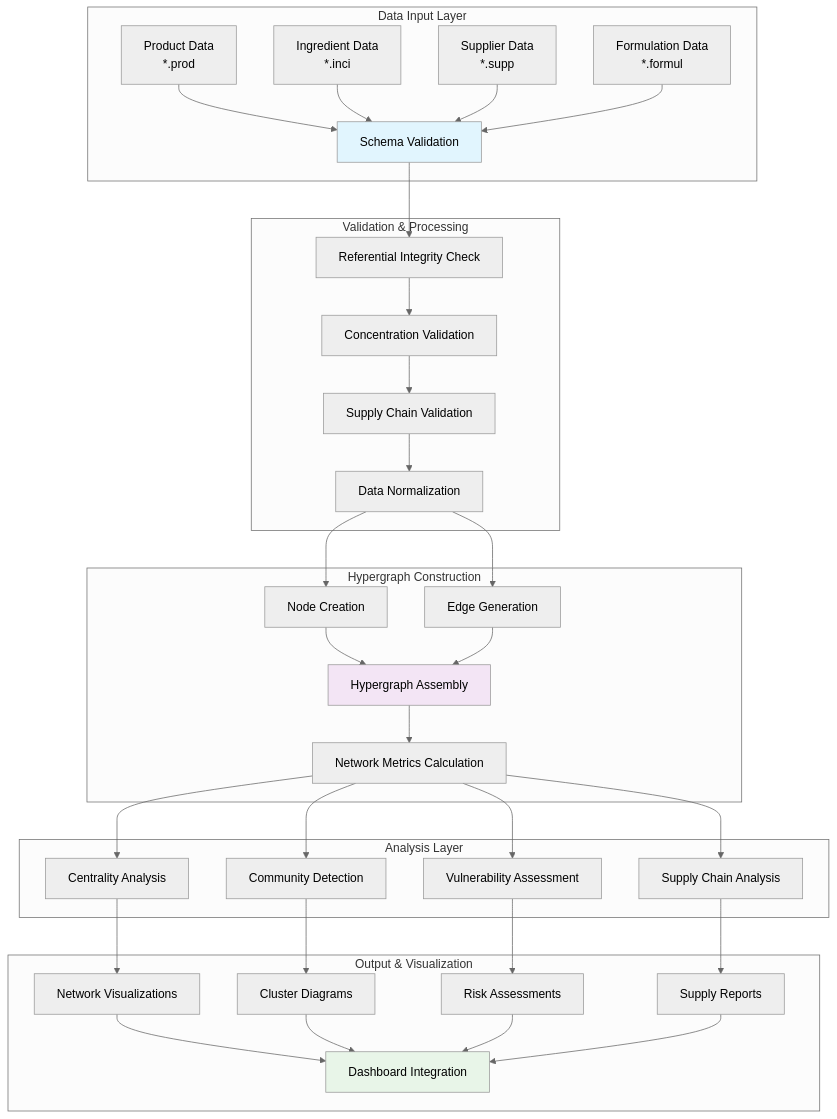
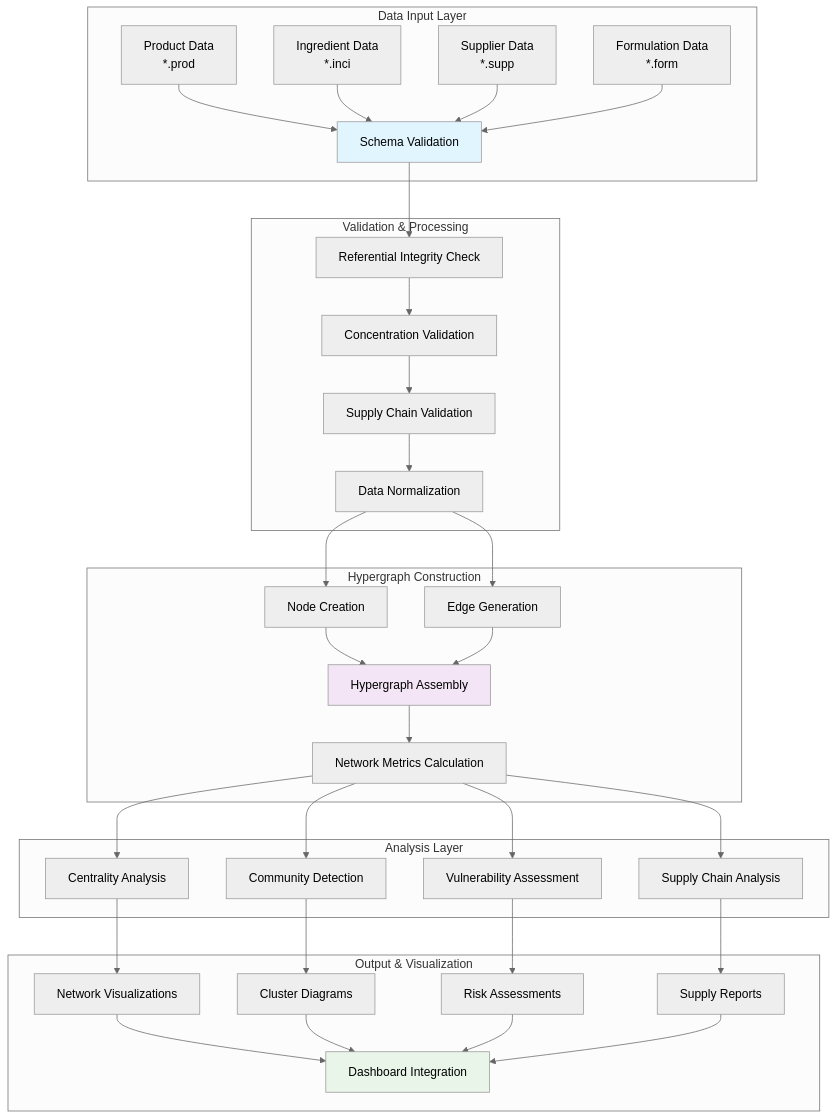
One commit to Kaw-Aii/skintwinformx changed the second of 8 diagrams in vessels/SCHEMA_VISUALIZATION.md. Above: the diagram before and after it, drawn with Mermaid (neutral theme). The commit also changed other lines of this file and 26 other files, not shown here.

First line of the commit message:
Change formulation file extension from .formul to .form

````diff
--- a/vessels/SCHEMA_VISUALIZATION.md
+++ b/vessels/SCHEMA_VISUALIZATION.md
@@ -91,46 +91,46 @@
 ```mermaid
 flowchart TD
     subgraph "Data Input Layer"
         A[Product Data<br/>*.prod] --> D[Schema Validation]
         B[Ingredient Data<br/>*.inci] --> D
         C[Supplier Data<br/>*.supp] --> D
-        E[Formulation Data<br/>*.formul] --> D
+        E[Formulation Data<br/>*.form] --> D
     end
     
     subgraph "Validation & Processing"
         D --> F[Referential Integrity Check]
         F --> G[Concentration Validation]
         G --> H[Supply Chain Validation]
         H --> I[Data Normalization]
     end
     
     subgraph "Hypergraph Construction"
         I --> J[Node Creation]
         I --> K[Edge Generation]
         J --> L[Hypergraph Assembly]
         K --> L
         L --> M[Network Metrics Calculation]
     end
     
     subgraph "Analysis Layer"
         M --> N[Centrality Analysis]
         M --> O[Community Detection]
         M --> P[Vulnerability Assessment]
         M --> Q[Supply Chain Analysis]
     end
     
     subgraph "Output & Visualization"
         N --> R[Network Visualizations]
         O --> S[Cluster Diagrams]
         P --> T[Risk Assessments]
         Q --> U[Supply Reports]
         R --> V[Dashboard Integration]
         S --> V
         T --> V
         U --> V
     end
     
     style D fill:#e1f5fe
     style L fill:#f3e5f5
     style V fill:#e8f5e8
 ```
````
